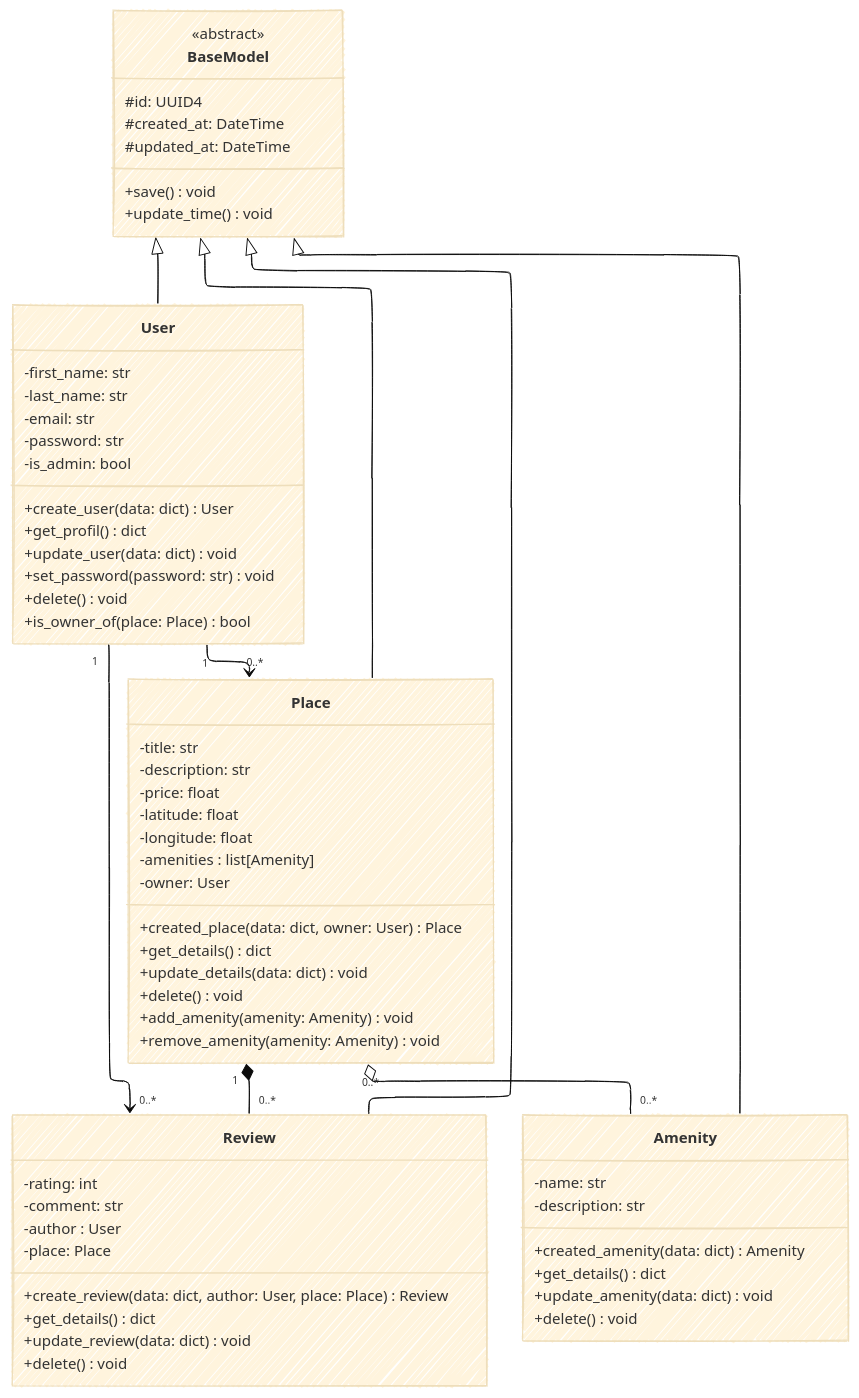
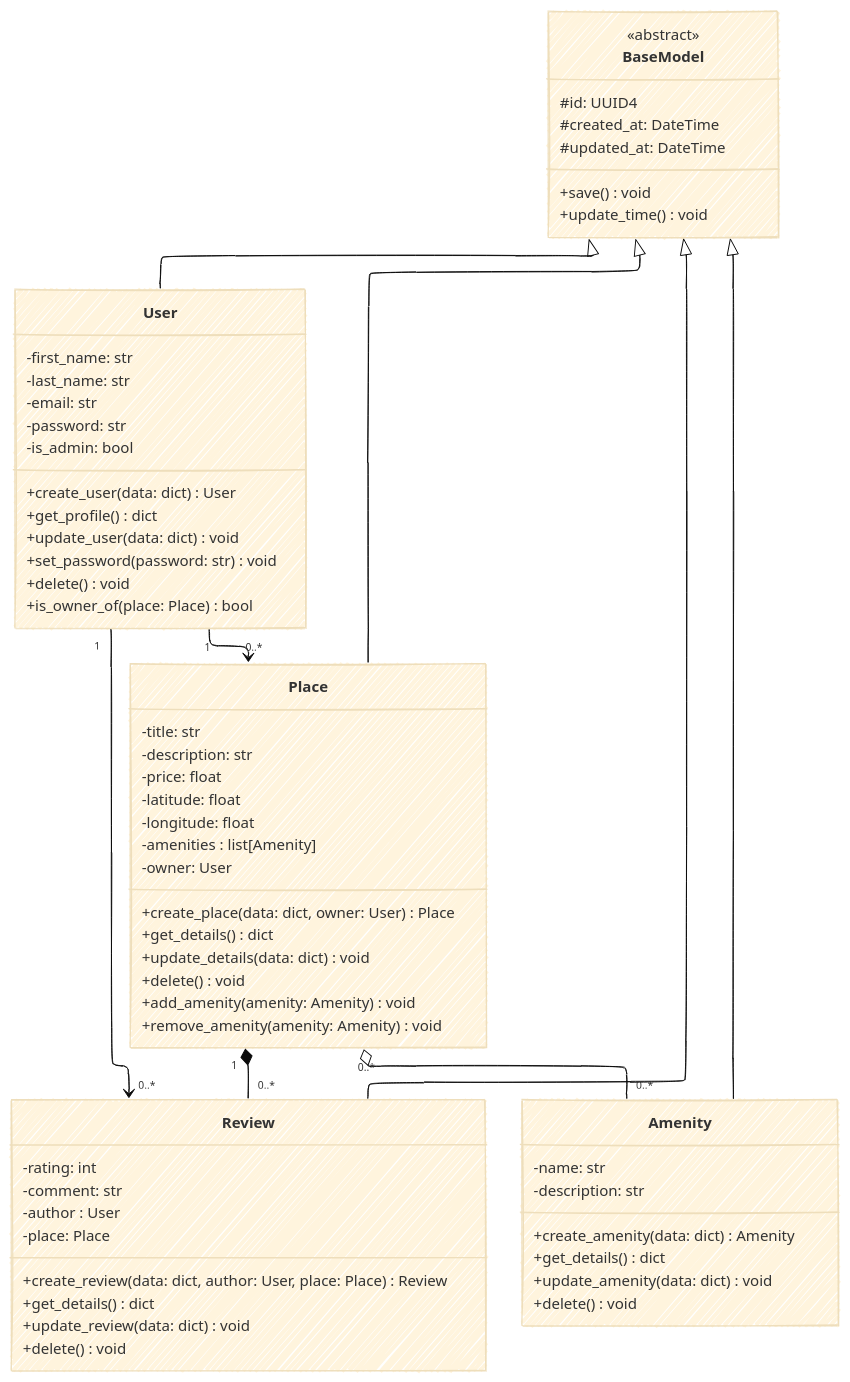
One commit to GwenP88/holbertonschool-hbnb changed the diagram in part1/task1/Class Diagram for Business Logic Layer.mmd. Above: the diagram before and after it, drawn with Mermaid. The commit also changed 3 other files, not shown here.

Commit message:
add notes for task 1 with class diagram

```diff
--- a/part1/task1/Class Diagram for Business Logic Layer.mmd
+++ b/part1/task1/Class Diagram for Business Logic Layer.mmd
@@ -1,74 +1,74 @@
 ---
 config:
   layout: elk
   theme: base
   look: handDrawn
 ---
 classDiagram
 direction TB
     class BaseModel {
         <<abstract>>
 	    #id: UUID4
 	    #created_at: DateTime
 	    #updated_at: DateTime
         +save() void
         +update_time() void
     }
 
     class User {
 	    -first_name: str
 	    -last_name: str
 	    -email: str
 	    -password: str
 	    -is_admin: bool
 	    +create_user(data: dict) User
-	    +get_profil() dict
+	    +get_profile() dict
 	    +update_user(data: dict) void
 	    +set_password(password: str) void
 	    +delete() void
         +is_owner_of(place: Place) bool
     }
 
     class Place {
 	    -title: str
 	    -description: str
 	    -price: float
 	    -latitude: float
 	    -longitude: float
 	    -amenities : list[Amenity]
 	    -owner: User
-	    +created_place(data: dict, owner: User) Place
+	    +create_place(data: dict, owner: User) Place
 	    +get_details() dict
 	    +update_details(data: dict) void
 	    +delete() void
 	    +add_amenity(amenity: Amenity) void
         +remove_amenity(amenity: Amenity) void
     }
 
     class Review {
 	    -rating: int
 	    -comment: str
 	    -author : User
 	    -place: Place
 	    +create_review(data: dict, author: User, place: Place) Review
 	    +get_details() dict
 	    +update_review(data: dict) void
 	    +delete() void
     }
 
     class Amenity {
 	    -name: str
 	    -description: str
-	    +created_amenity(data: dict) Amenity
+	    +create_amenity(data: dict) Amenity
 	    +get_details() dict
 	    +update_amenity(data: dict) void
 	    +delete() void
     }
     BaseModel <|-- User
     BaseModel <|-- Place
     BaseModel <|-- Review
     BaseModel <|-- Amenity
     User "1" --> "0..*" Review
     User "1" --> "0..*" Place
     Place "1" *-- "0..*" Review
     Place "0..*" o-- "0..*" Amenity
```
